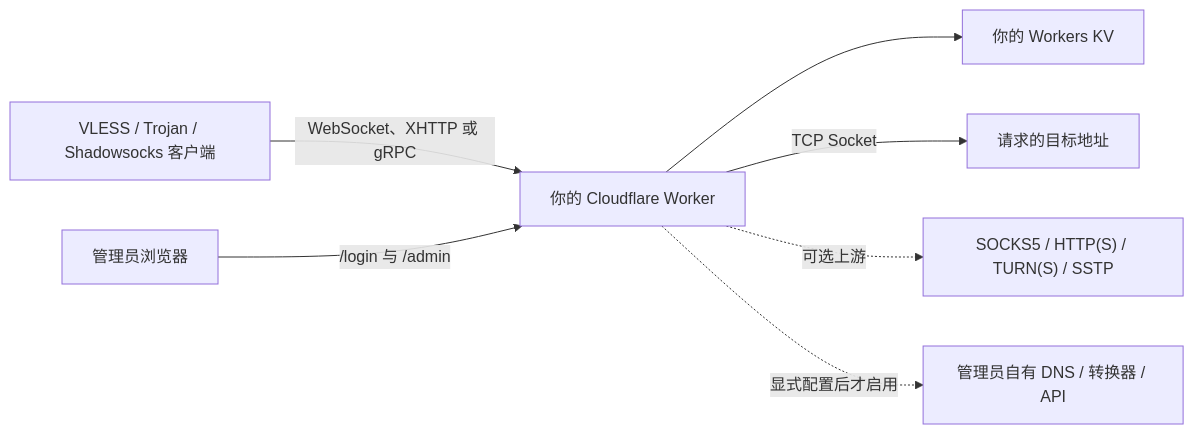
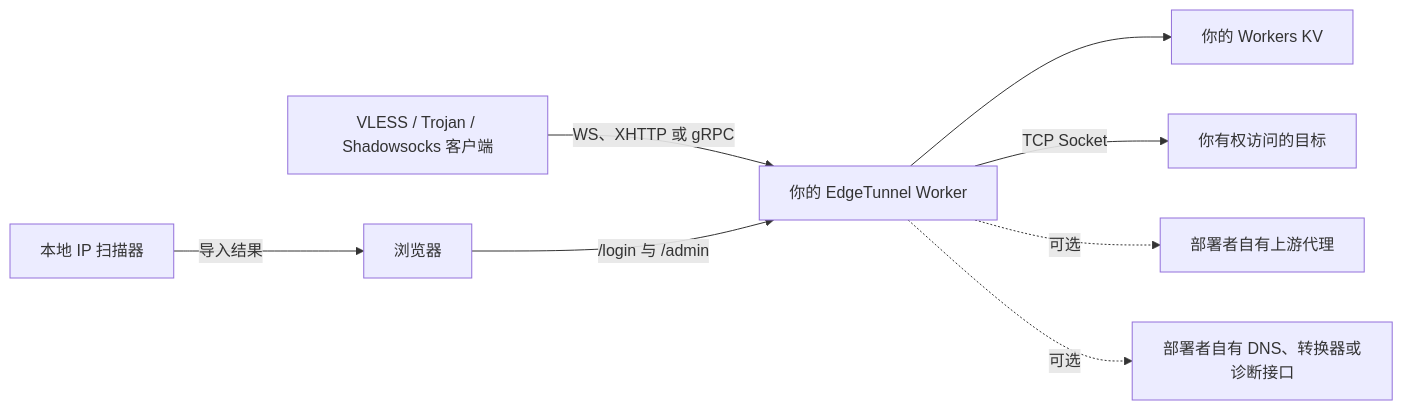
The diagram in README.zh-CN.md (anuxs/Re_edgetunnel), drawn with Mermaid before and after one commit. The commit also changed other lines of this file and 6 other files, not shown here.

````diff
--- a/README.zh-CN.md
+++ b/README.zh-CN.md
@@ -59,9 +47,10 @@
 ```mermaid
 flowchart LR
-    C["VLESS / Trojan / Shadowsocks 客户端"] -->|"WebSocket、XHTTP 或 gRPC"| W["你的 Cloudflare Worker"]
-    A["管理员浏览器"] -->|"/login 与 /admin"| W
+    C["VLESS / Trojan / Shadowsocks 客户端"] -->|"WS、XHTTP 或 gRPC"| W["你的 EdgeTunnel Worker"]
+    B["浏览器"] -->|"/login 与 /admin"| W
     W --> K["你的 Workers KV"]
-    W -->|"TCP Socket"| D["请求的目标地址"]
-    W -. "可选上游" .-> P["SOCKS5 / HTTP(S) / TURN(S) / SSTP"]
-    W -. "显式配置后才启用" .-> O["管理员自有 DNS / 转换器 / API"]
+    W -->|"TCP Socket"| D["你有权访问的目标"]
+    S["本地 IP 扫描器"] -->|"导入结果"| B
+    W -. "可选" .-> P["部署者自有上游代理"]
+    W -. "可选" .-> O["部署者自有 DNS、转换器或诊断接口"]
 ```
````
